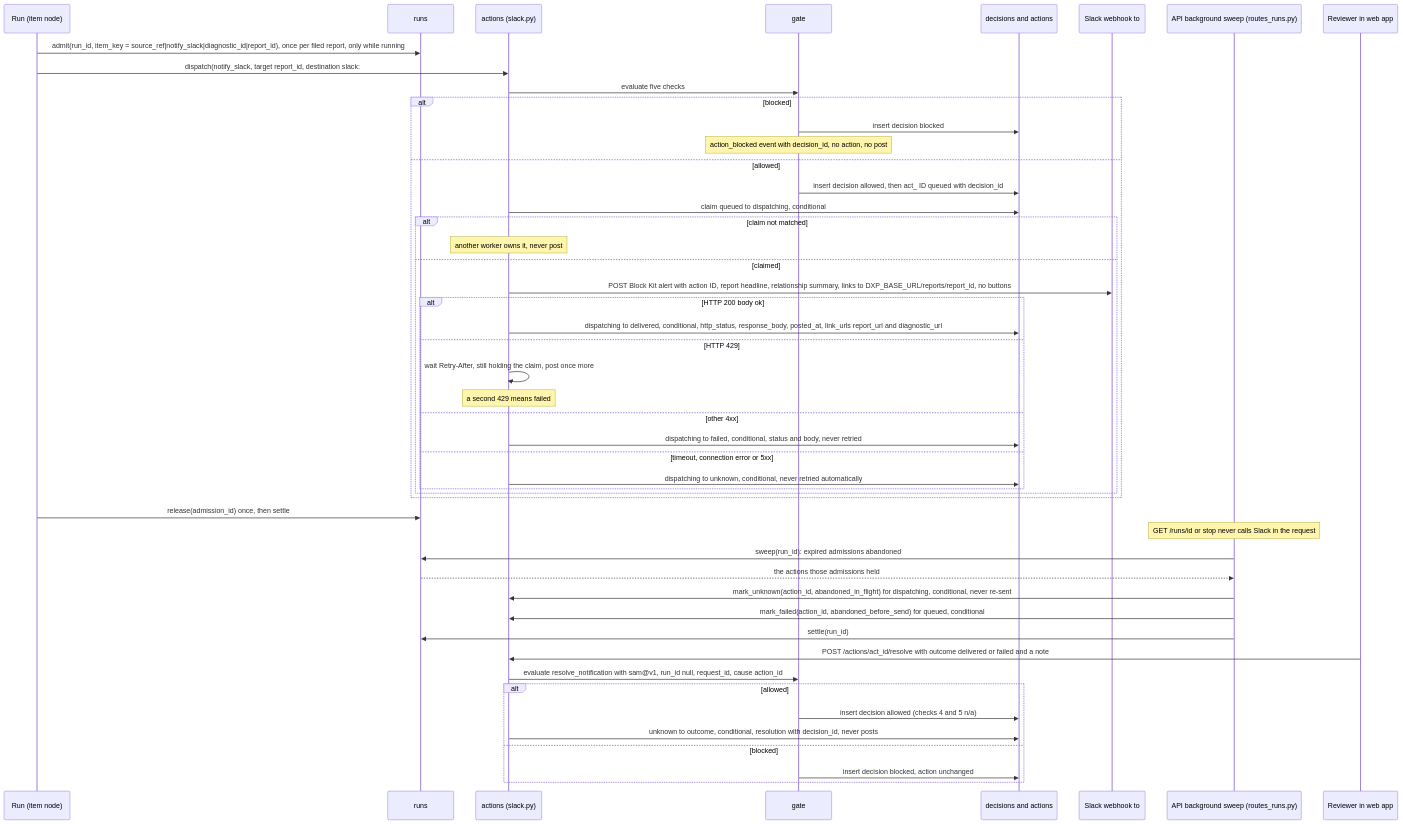
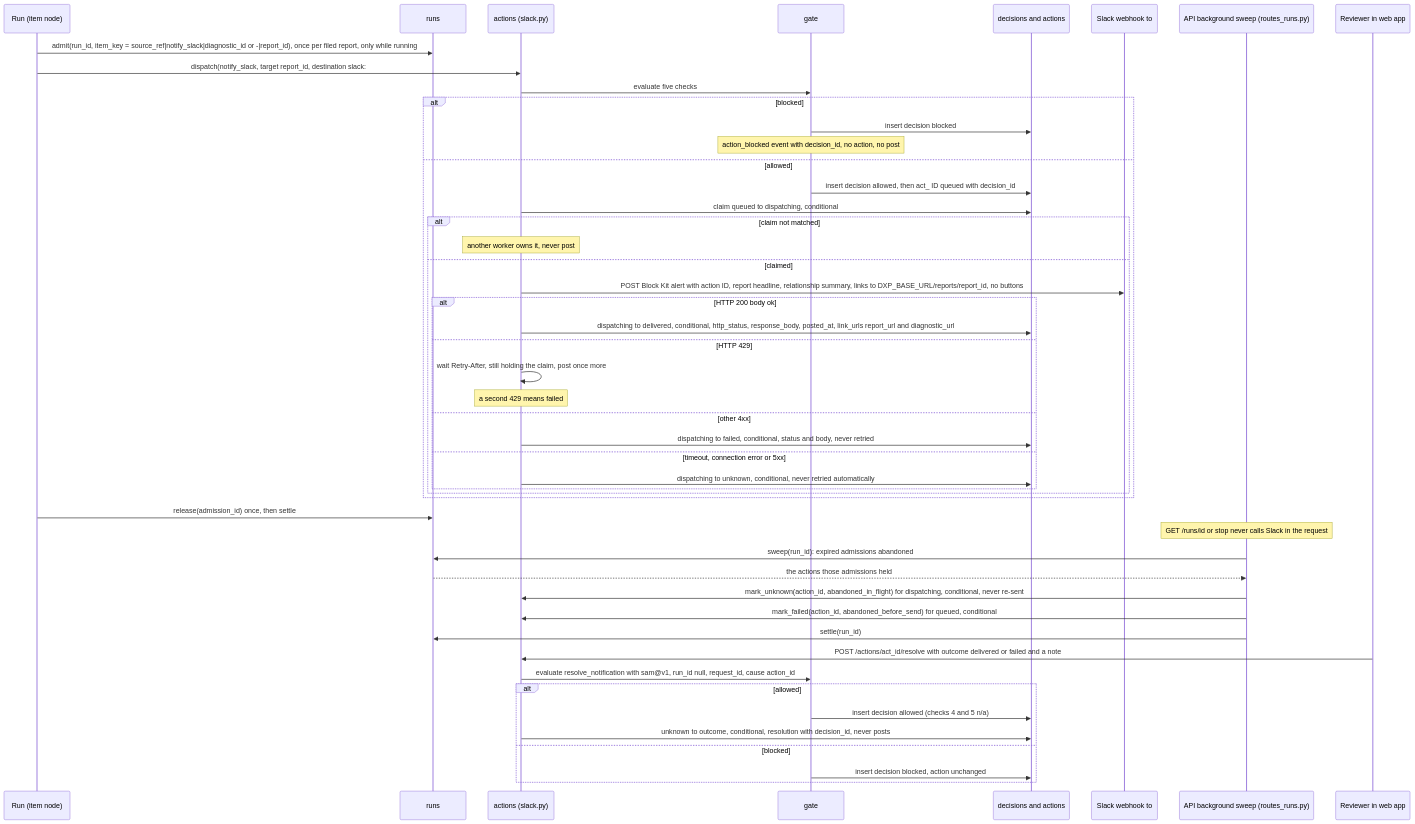
One commit to lutic1/agents-in-context-toronto changed the sixth of 7 diagrams in _bmad-output/planning-artifacts/architecture/architecture-agents-in-context-toronto-2026-11-13/ARCHITECTURE-SPINE.md. Above: the diagram before and after it, drawn with Mermaid. The commit also changed other lines of this file and 9 other files, not shown here.

````diff
--- a/_bmad-output/planning-artifacts/architecture/architecture-agents-in-context-toronto-2026-11-13/ARCHITECTURE-SPINE.md
+++ b/_bmad-output/planning-artifacts/architecture/architecture-agents-in-context-toronto-2026-11-13/ARCHITECTURE-SPINE.md
@@ -1018,51 +1044,51 @@
 ```mermaid
 sequenceDiagram
   participant J as Run (item node)
   participant RN as runs
   participant X as actions (slack.py)
   participant G as gate
   participant DB as decisions and actions
   participant SL as Slack webhook to #all-mango-db-hackathon
   participant API as API background sweep (routes_runs.py)
   participant R as Reviewer in web app
-  J->>RN: admit(run_id, item_key = source_ref|notify_slack|diagnostic_id|report_id), once per filed report, only while running
+  J->>RN: admit(run_id, item_key = source_ref|notify_slack|diagnostic_id or -|report_id), once per filed report, only while running
   J->>X: dispatch(notify_slack, target report_id, destination slack:#all-mango-db-hackathon, ctx with run_id and admission_id)
   X->>G: evaluate five checks
   alt blocked
     G->>DB: insert decision blocked
     Note over G: action_blocked event with decision_id, no action, no post
   else allowed
     G->>DB: insert decision allowed, then act_ ID queued with decision_id
     X->>DB: claim queued to dispatching, conditional
     alt claim not matched
       Note over X: another worker owns it, never post
     else claimed
       X->>SL: POST Block Kit alert with action ID, report headline, relationship summary, links to DXP_BASE_URL/reports/report_id, no buttons
       alt HTTP 200 body ok
         X->>DB: dispatching to delivered, conditional, http_status, response_body, posted_at, link_urls report_url and diagnostic_url
       else HTTP 429
         X->>X: wait Retry-After, still holding the claim, post once more
         Note over X: a second 429 means failed
       else other 4xx
         X->>DB: dispatching to failed, conditional, status and body, never retried
       else timeout, connection error or 5xx
         X->>DB: dispatching to unknown, conditional, never retried automatically
       end
     end
   end
   J->>RN: release(admission_id) once, then settle
   Note over API: GET /runs/id or stop never calls Slack in the request
   API->>RN: sweep(run_id): expired admissions abandoned
   RN-->>API: the actions those admissions held
   API->>X: mark_unknown(action_id, abandoned_in_flight) for dispatching, conditional, never re-sent
   API->>X: mark_failed(action_id, abandoned_before_send) for queued, conditional
   API->>RN: settle(run_id)
   R->>X: POST /actions/act_id/resolve with outcome delivered or failed and a note
   X->>G: evaluate resolve_notification with sam@v1, run_id null, request_id, cause action_id
   alt allowed
     G->>DB: insert decision allowed (checks 4 and 5 n/a)
     X->>DB: unknown to outcome, conditional, resolution with decision_id, never posts
   else blocked
     G->>DB: insert decision blocked, action unchanged
   end
 ```
````
